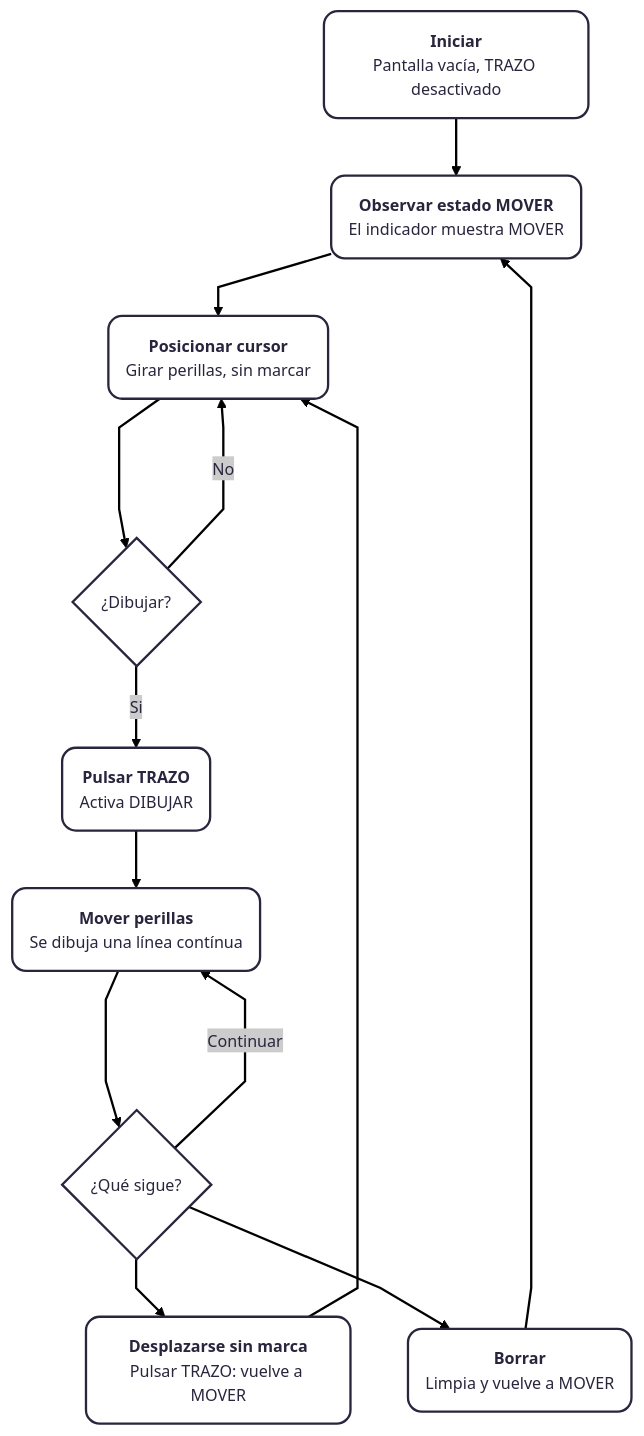
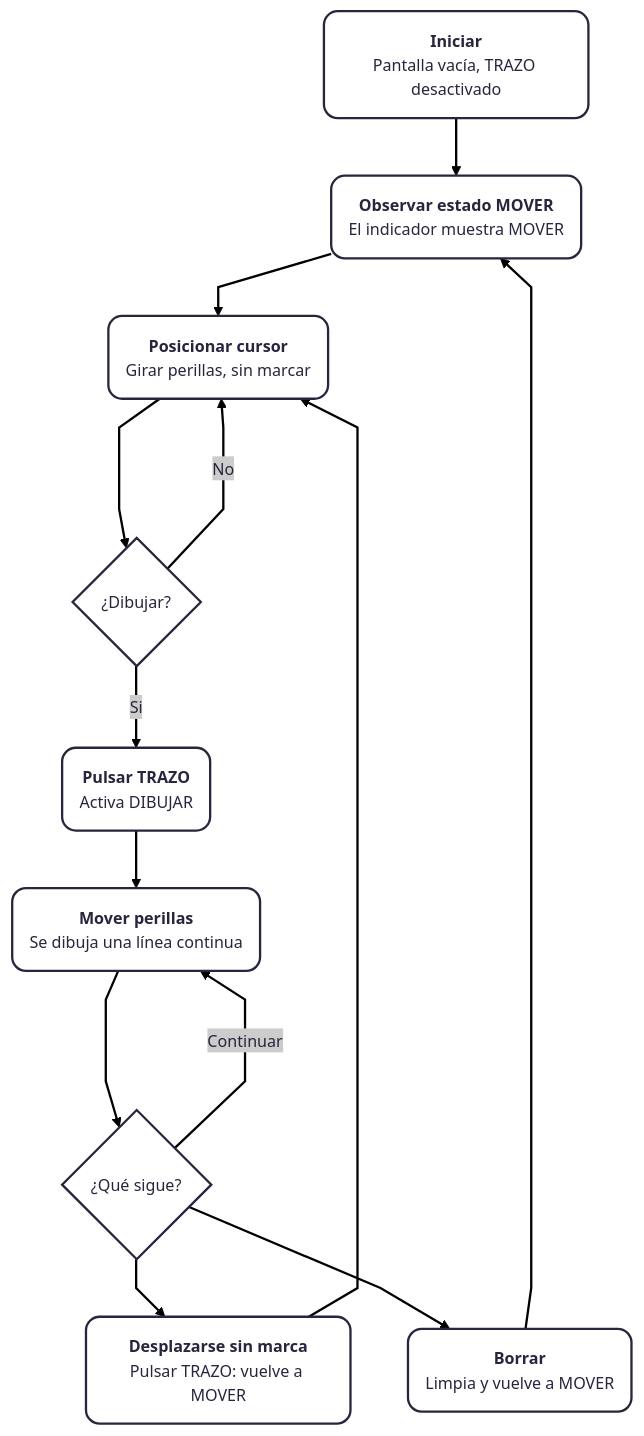
The first of 2 diagrams in 00-proyecto-2/grupo-07/README.md (Narelyriquelme/dis8645-2026-2-procesos-2), drawn with Mermaid before and after one commit. The commit also changed other lines of this file, not shown here.

````diff
--- a/00-proyecto-2/grupo-07/README.md
+++ b/00-proyecto-2/grupo-07/README.md
@@ -197,21 +223,21 @@
 ```mermaid
 %%{ init : { "theme" : "redux-color", "flowchart" : { "curve" : "linear" }}}%%
 %%                                ^^^^^^^^^^^^^^^^^^^^^^^^^^^^^^^^^^^^
 
 flowchart TD
 
 %%==============================================================================
 
 A(<b>Iniciar</b>\nPantalla vacía, TRAZO desactivado)-->B(<b>Observar estado MOVER</b>\nEl indicador muestra MOVER);
 B-->C(<b>Posicionar cursor</b>\nGirar perillas, sin marcar);
 C-->D{¿Dibujar?};
 D-->|Si|E(<b>Pulsar TRAZO</b>\n Activa DIBUJAR);
-E-->F(<b>Mover perillas</b>\nSe dibuja una línea contínua);
+E-->F(<b>Mover perillas</b>\nSe dibuja una línea continua);
 F-->G{¿Qué sigue?};
 G-->H(<b>Desplazarse sin marca</b>\nPulsar TRAZO: vuelve a MOVER);
 D--->|No|C;
 H-->C;
 G--->|Continuar|F;
 G-->I(<b>Borrar</b>\nLimpia y vuelve a MOVER);
 I-->B;
 ```
````
